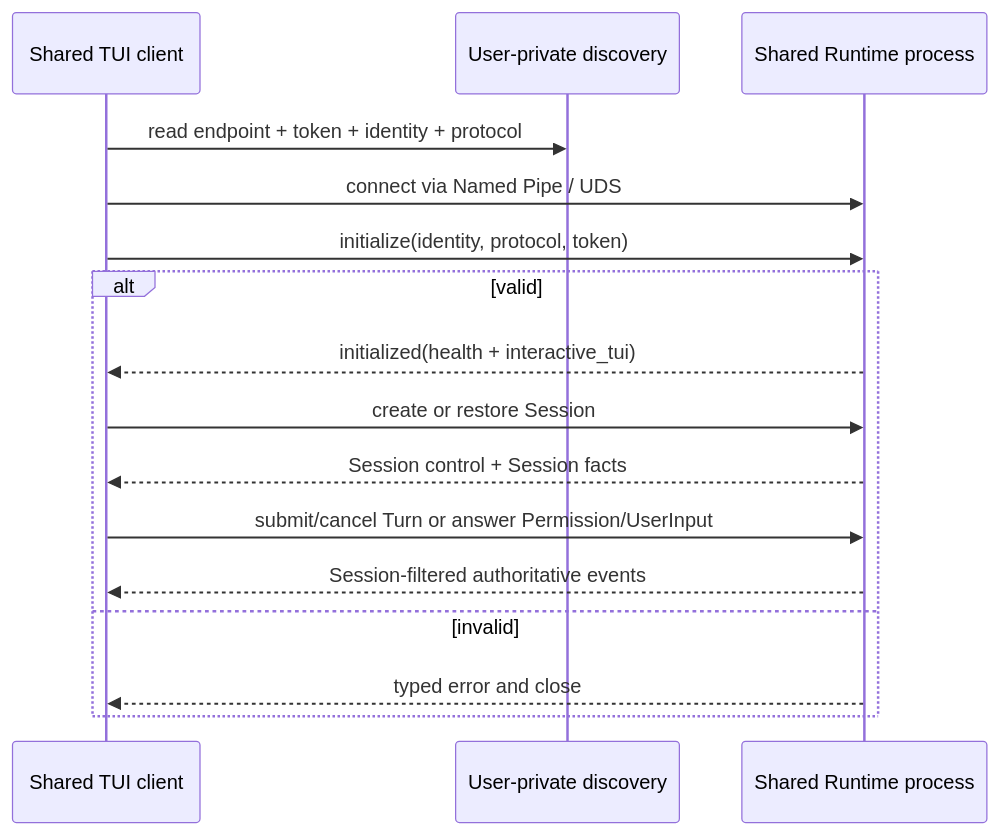
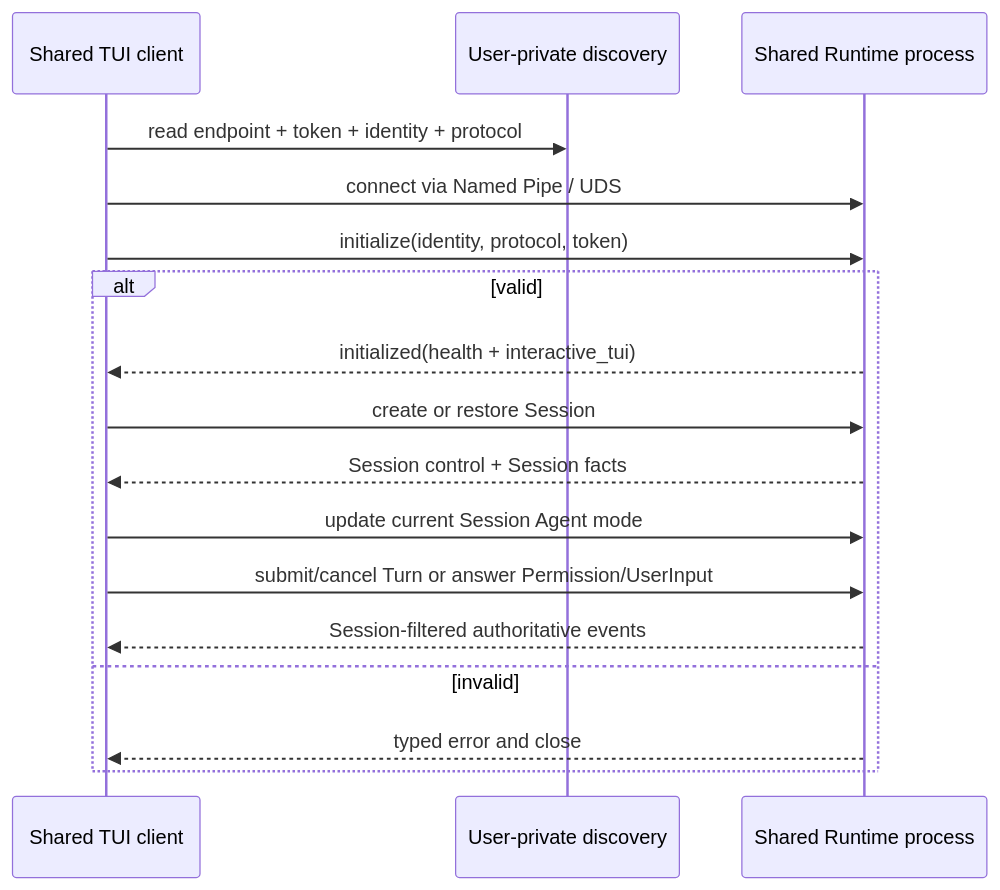
One commit to 1688mengdie/BitFun changed the seventh of 8 diagrams in docs/architecture/agent-runtime-deployment-design.md. Above: the diagram before and after it, drawn with Mermaid. The commit also changed other lines of this file and 21 other files, not shown here.

Commit message:
feat(cli): support Agent mode switching in Shared TUI

````diff
--- a/docs/architecture/agent-runtime-deployment-design.md
+++ b/docs/architecture/agent-runtime-deployment-design.md
@@ -186,19 +186,20 @@
 ```mermaid
 sequenceDiagram
   participant C as Shared TUI client
   participant D as User-private discovery
   participant S as Shared Runtime process
 
   C->>D: read endpoint + token + identity + protocol
   C->>S: connect via Named Pipe / UDS
   C->>S: initialize(identity, protocol, token)
   alt valid
     S-->>C: initialized(health + interactive_tui)
     C->>S: create or restore Session
     S-->>C: Session control + Session facts
+    C->>S: update current Session Agent mode
     C->>S: submit/cancel Turn or answer Permission/UserInput
     S-->>C: Session-filtered authoritative events
   else invalid
     S-->>C: typed error and close
   end
 ```
````
